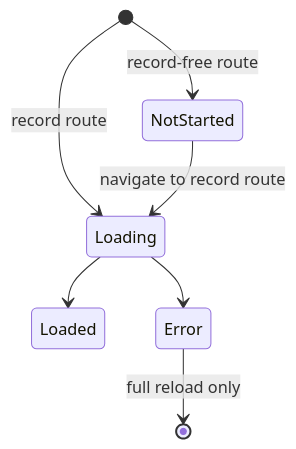
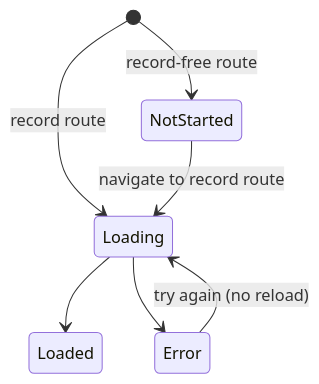
Before and after one commit to jamditis/rosen-frontend: the third of 14 diagrams in docs/research/2026-11-08-state-machine-map.md, drawn with Mermaid. The commit also changed other lines of this file and 3 other files, not shown here.

````diff
--- a/docs/research/2026-11-08-state-machine-map.md
+++ b/docs/research/2026-11-08-state-machine-map.md
@@ -97,9 +97,9 @@
 ```mermaid
 stateDiagram-v2
   [*] --> NotStarted: record-free route
   [*] --> Loading: record route
   NotStarted --> Loading: navigate to record route
   Loading --> Loaded
   Loading --> Error
-  Error --> [*]: full reload only
+  Error --> Loading: try again (no reload)
 ```
````
